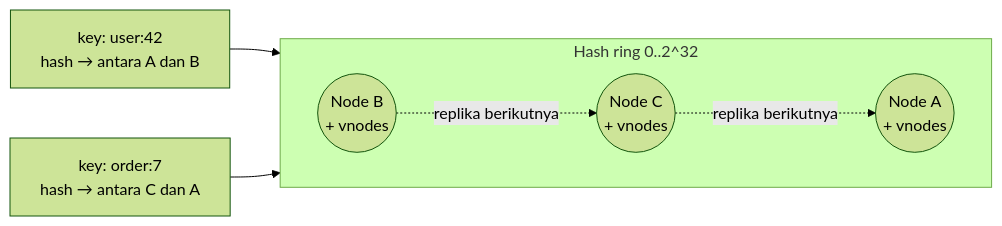
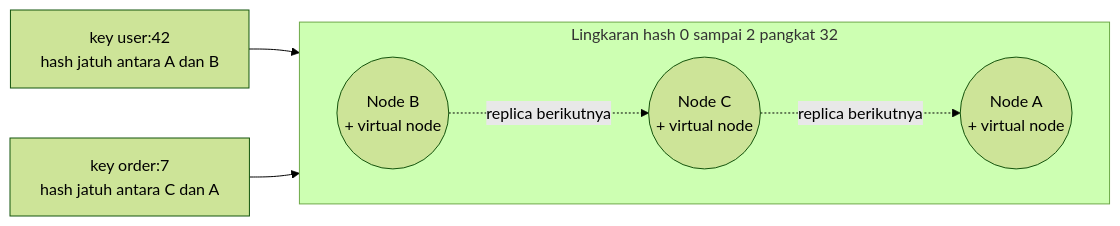
One commit to andreanpradanaa/sysdesign-lab changed the first of 2 diagrams in src/content/lessons/bagian-2/key-value-store.mdx. Above: the diagram before and after it, drawn with Mermaid (forest theme). The commit also changed other lines of this file and 18 other files, not shown here.

````diff
--- a/src/content/lessons/bagian-2/key-value-store.mdx
+++ b/src/content/lessons/bagian-2/key-value-store.mdx
@@ -102,13 +102,13 @@
 ```mermaid
 flowchart LR
-  subgraph ring[Hash ring 0..2^32]
+  subgraph ring[Lingkaran hash 0 sampai 2 pangkat 32]
     direction LR
-    A((Node A\n+ vnodes))
-    B((Node B\n+ vnodes))
-    C((Node C\n+ vnodes))
+    A(("Node A\n+ virtual node"))
+    B(("Node B\n+ virtual node"))
+    C(("Node C\n+ virtual node"))
   end
-  K1[key: user:42\nhash → antara A dan B] --> B
-  K2[key: order:7\nhash → antara C dan A] --> A
-  B -. replika berikutnya .-> C
-  C -. replika berikutnya .-> A
+  K1["key user:42\nhash jatuh antara A dan B"] --> B
+  K2["key order:7\nhash jatuh antara C dan A"] --> A
+  B -. replica berikutnya .-> C
+  C -. replica berikutnya .-> A
 ```
````
